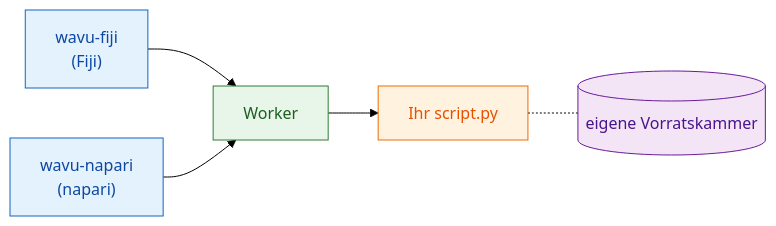
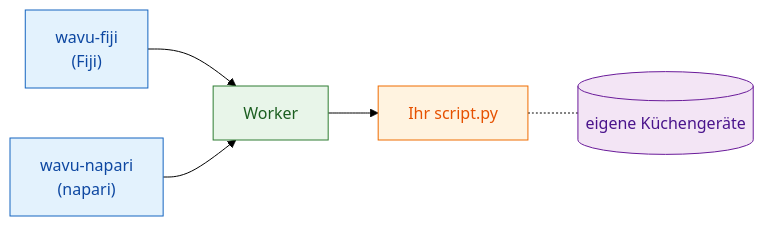
One commit to Oxford-Zeiss-Centre-of-Excellence/Wavu changed the diagram in guide/model/what-is-wavu.de.md. Above: the diagram before and after it, drawn with Mermaid (forest theme). The commit also changed other lines of this file and 221 other files, not shown here.

````diff
--- a/guide/model/what-is-wavu.de.md
+++ b/guide/model/what-is-wavu.de.md
@@ -41,17 +42,17 @@
 ```mermaid
 flowchart LR
     F["wavu-fiji<br/>(Fiji)"]:::fiji
     N["wavu-napari<br/>(napari)"]:::fiji
     W["Worker"]:::worker
     S["Ihr script.py"]:::script
-    E[("eigene Vorratskammer")]:::env
+    E[("eigene Küchengeräte")]:::env
     F --> W
     N --> W
     W --> S
     S -.- E
 
     classDef fiji   fill:#e3f2fd,stroke:#1565c0,color:#0d47a1
     classDef worker fill:#e8f5e9,stroke:#2e7d32,color:#1b5e20
     classDef script fill:#fff3e0,stroke:#ef6c00,color:#e65100
     classDef env    fill:#f3e5f5,stroke:#6a1b9a,color:#4a148c
 ```
````
